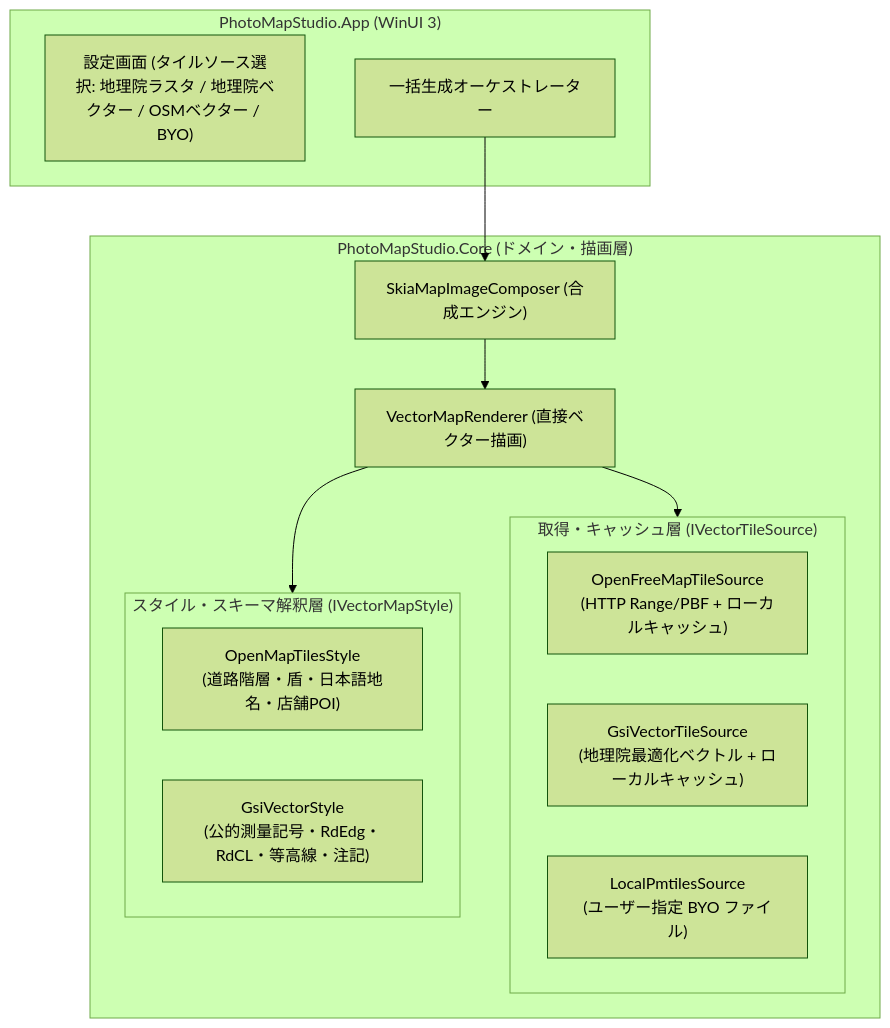
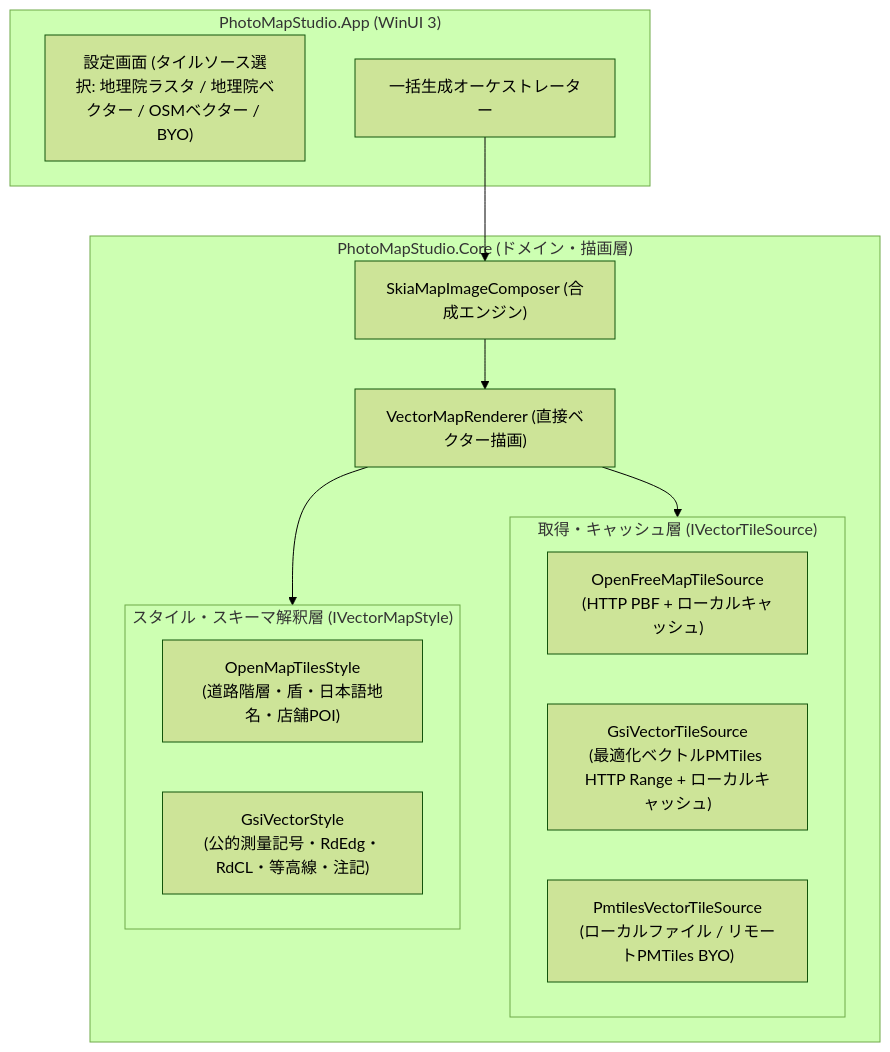
One commit to scottlz0310/photo-map-studio changed the diagram in docs/vector-map-architecture.md. Above: the diagram before and after it, drawn with Mermaid (forest theme). The commit also changed other lines of this file, not shown here.

````diff
--- a/docs/vector-map-architecture.md
+++ b/docs/vector-map-architecture.md
@@ -33,28 +33,28 @@
 ```mermaid
 flowchart TD
     subgraph UI ["PhotoMapStudio.App (WinUI 3)"]
         SettingsView["設定画面 (タイルソース選択: 地理院ラスタ / 地理院ベクター / OSMベクター / BYO)"]
         BatchService["一括生成オーケストレーター"]
     end
 
     subgraph Core ["PhotoMapStudio.Core (ドメイン・描画層)"]
         Composer["SkiaMapImageComposer (合成エンジン)"]
         Renderer["VectorMapRenderer (直接ベクター描画)"]
 
         subgraph Sources ["取得・キャッシュ層 (IVectorTileSource)"]
-            OFMSource["OpenFreeMapTileSource<br>(HTTP Range/PBF + ローカルキャッシュ)"]
-            GsiSource["GsiVectorTileSource<br>(地理院最適化ベクトル + ローカルキャッシュ)"]
-            LocalFileSource["LocalPmtilesSource<br>(ユーザー指定 BYO ファイル)"]
+            OFMSource["OpenFreeMapTileSource<br>(HTTP PBF + ローカルキャッシュ)"]
+            GsiSource["GsiVectorTileSource<br>(最適化ベクトルPMTiles HTTP Range + ローカルキャッシュ)"]
+            PmtilesSource["PmtilesVectorTileSource<br>(ローカルファイル / リモートPMTiles BYO)"]
         end
 
         subgraph Styles ["スタイル・スキーマ解釈層 (IVectorMapStyle)"]
             OFMStyle["OpenMapTilesStyle<br>(道路階層・盾・日本語地名・店舗POI)"]
             GsiStyle["GsiVectorStyle<br>(公的測量記号・RdEdg・RdCL・等高線・注記)"]
         end
     end
 
     BatchService --> Composer
     Composer --> Renderer
     Renderer --> Sources
     Renderer --> Styles
 ```
````
